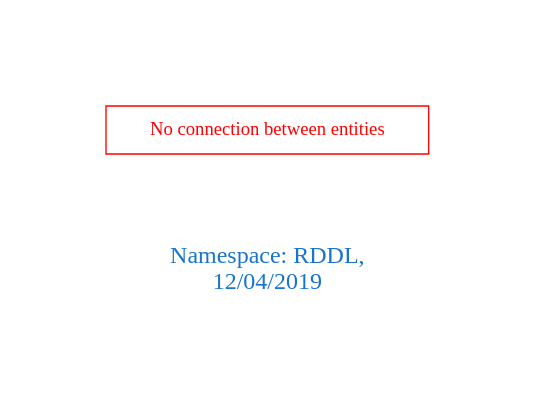
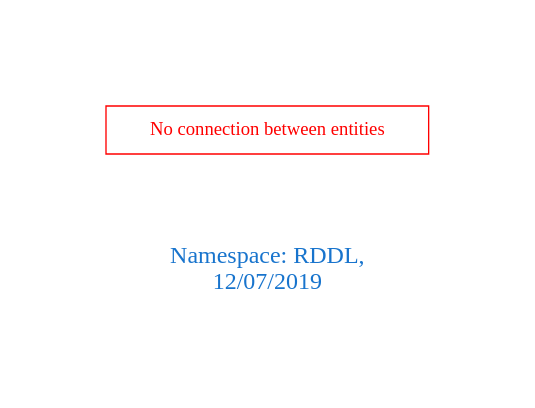
The diagram in downloads/RDDL.dot (arago/OGIT), drawn with Graphviz before and after one commit. The commit also changed 1662 other files, not shown here.

```diff
--- a/downloads/RDDL.dot
+++ b/downloads/RDDL.dot
@@ -1,9 +1,9 @@
 digraph OGIT_ontology {
  graph [ rankdir= LR,pad=1 
 fontsize = 18,
-fontcolor= dodgerblue3,label = "\n\n\nNamespace: RDDL, \n 12/04/2019"];
+fontcolor= dodgerblue3,label = "\n\n\nNamespace: RDDL, \n 12/07/2019"];
 node[shape=polygon];
 edge [  color="gray81"];
 
 "No connection between entities" [fontcolor = "red",color="red", shape="polygon"]
 }
```
